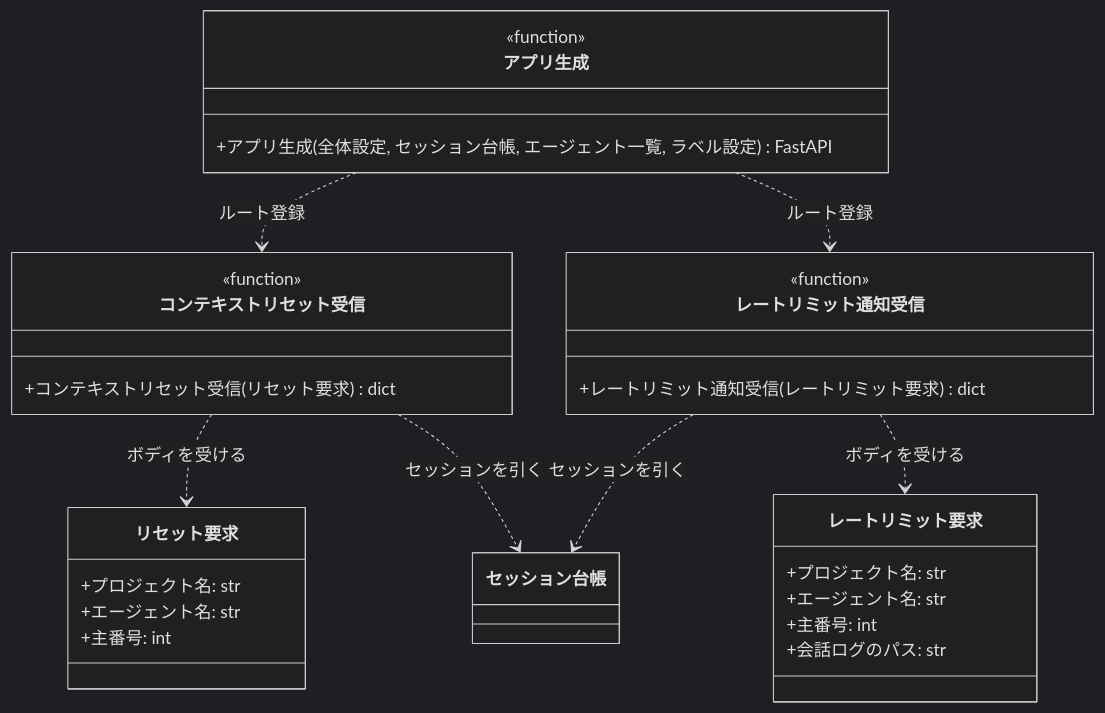
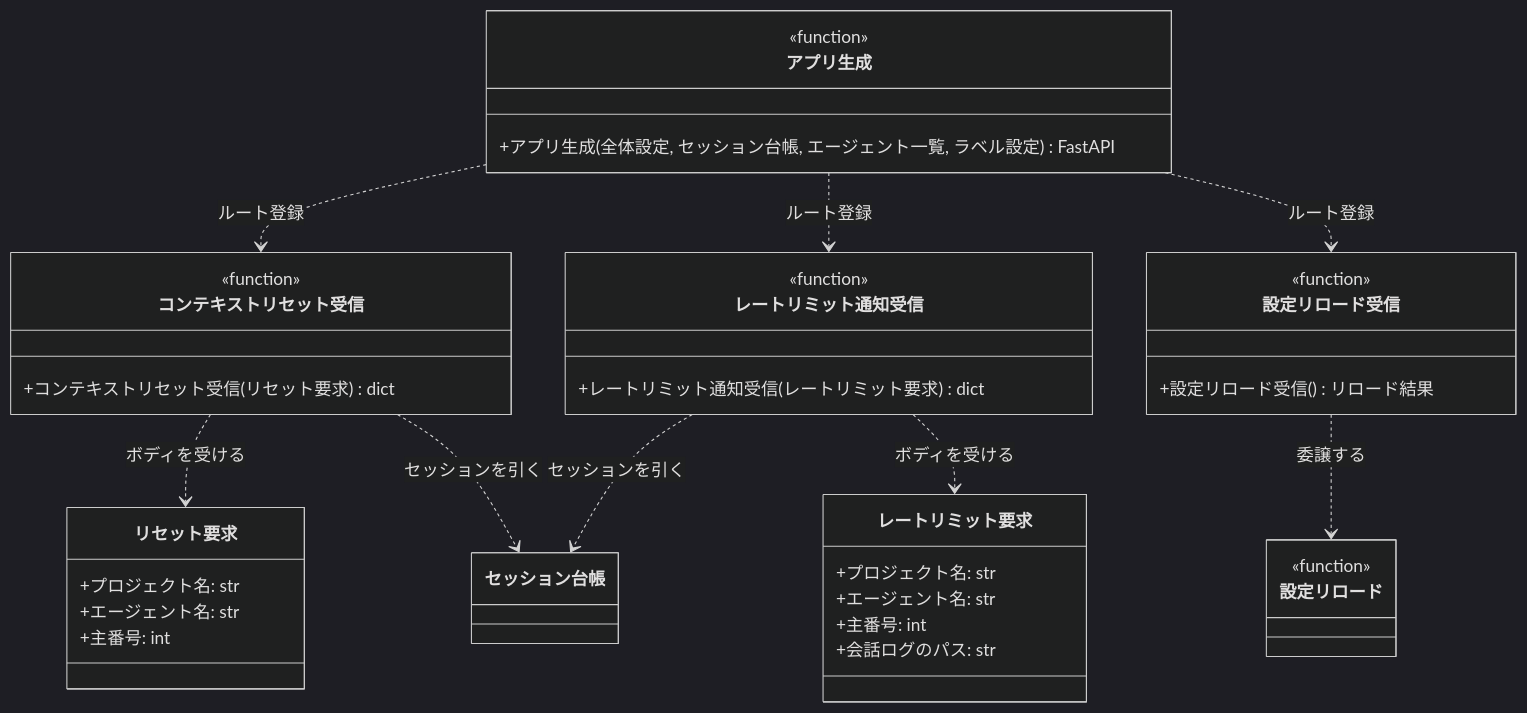
Before and after one commit to shuhei1101/ai-monitor: the diagram in docs/wiki/設計図/モジュール構成/モニター/HTTP受信.py.md, drawn with Mermaid (dark theme). The commit also changed other lines of this file and 35 other files, not shown here.

````diff
--- a/docs/wiki/設計図/モジュール構成/モニター/HTTP受信.py.md
+++ b/docs/wiki/設計図/モジュール構成/モニター/HTTP受信.py.md
@@ -32,48 +33,61 @@
 ```mermaid
 classDiagram
   direction TD
   アプリ生成 ..> コンテキストリセット受信 : ルート登録
   アプリ生成 ..> レートリミット通知受信 : ルート登録
+  アプリ生成 ..> 設定リロード受信 : ルート登録
   コンテキストリセット受信 ..> リセット要求 : ボディを受ける
   レートリミット通知受信 ..> レートリミット要求 : ボディを受ける
   コンテキストリセット受信 ..> セッション台帳 : セッションを引く
   レートリミット通知受信 ..> セッション台帳 : セッションを引く
+  設定リロード受信 ..> 設定リロード : 委譲する
 
   class アプリ生成 {
     <<function>>
     +アプリ生成(全体設定, セッション台帳, エージェント一覧, ラベル設定) FastAPI
   }
 
   class コンテキストリセット受信 {
     <<function>>
     +コンテキストリセット受信(リセット要求) dict
   }
 
   class レートリミット通知受信 {
     <<function>>
     +レートリミット通知受信(レートリミット要求) dict
   }
 
   class リセット要求 {
     +プロジェクト名: str
     +エージェント名: str
     +主番号: int
   }
 
   class レートリミット要求 {
     +プロジェクト名: str
     +エージェント名: str
     +主番号: int
     +会話ログのパス: str
   }
 
+  class 設定リロード受信 {
+    <<function>>
+    +設定リロード受信() リロード結果
+  }
+
   class セッション台帳 {
+  }
+
+  class 設定リロード {
+    <<function>>
   }
 
   click アプリ生成 href "#アプリ生成"
   click コンテキストリセット受信 href "#コンテキストリセット受信"
   click レートリミット通知受信 href "#レートリミット通知受信"
+  click 設定リロード受信 href "#設定リロード受信"
   click リセット要求 href "#リセット要求"
   click レートリミット要求 href "#レートリミット要求"
   click セッション台帳 href "./エージェント管理.py.md#セッション台帳"
+  click 設定リロード href "./設定リロード.py.md#設定リロード"
 ```
````
